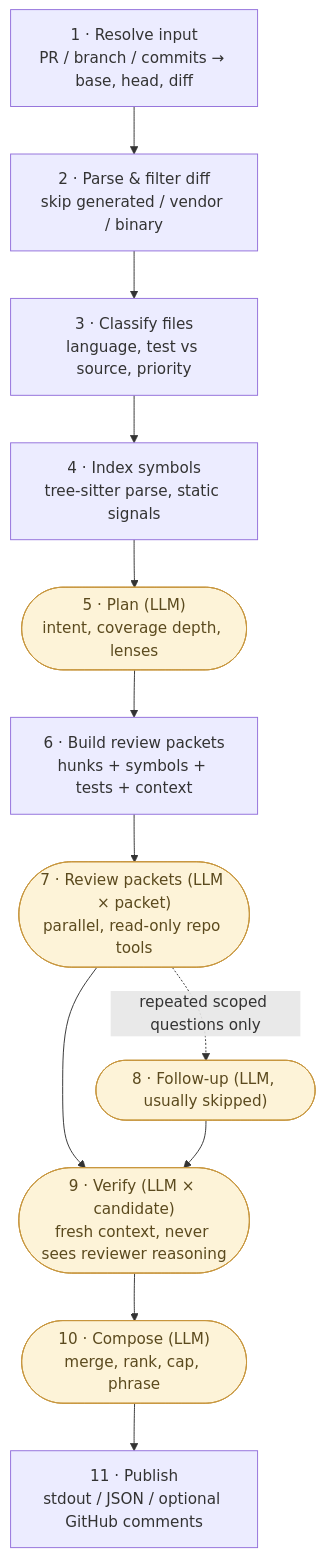
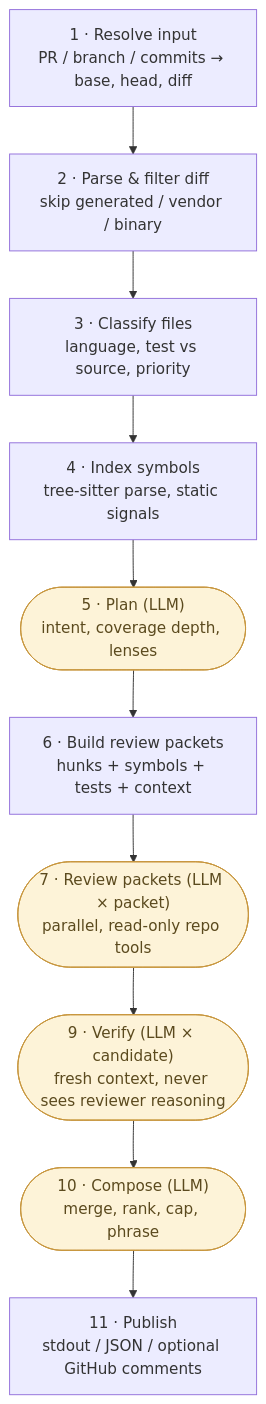
The diagram in README.md (0xPolygon/codegenie), drawn with Mermaid before and after one commit. The commit also changed other lines of this file and 9 other files, not shown here.

````diff
--- a/README.md
+++ b/README.md
@@ -220,22 +220,20 @@
 ```mermaid
 flowchart TB
     S1["1 · Resolve input<br/>PR / branch / commits → base, head, diff"]
     S2["2 · Parse & filter diff<br/>skip generated / vendor / binary"]
     S3["3 · Classify files<br/>language, test vs source, priority"]
     S4["4 · Index symbols<br/>tree-sitter parse, static signals"]
     S5(["5 · Plan (LLM)<br/>intent, coverage depth, lenses"])
     S6["6 · Build review packets<br/>hunks + symbols + tests + context"]
     S7(["7 · Review packets (LLM × packet)<br/>parallel, read-only repo tools"])
-    S8(["8 · Follow-up (LLM, usually skipped)"])
     S9(["9 · Verify (LLM × candidate)<br/>fresh context, never sees reviewer reasoning"])
     S10(["10 · Compose (LLM)<br/>merge, rank, cap, phrase"])
     S11["11 · Publish<br/>stdout / JSON / optional GitHub comments"]
 
     S1 --> S2 --> S3 --> S4 --> S5 --> S6 --> S7
     S7 --> S9
-    S7 -. "repeated scoped questions only" .-> S8 --> S9
     S9 --> S10 --> S11
 
     classDef llm fill:#fdf3d8,stroke:#c8963e,color:#5b4a1e;
-    class S5,S7,S8,S9,S10 llm;
+    class S5,S7,S9,S10 llm;
 ```
````
